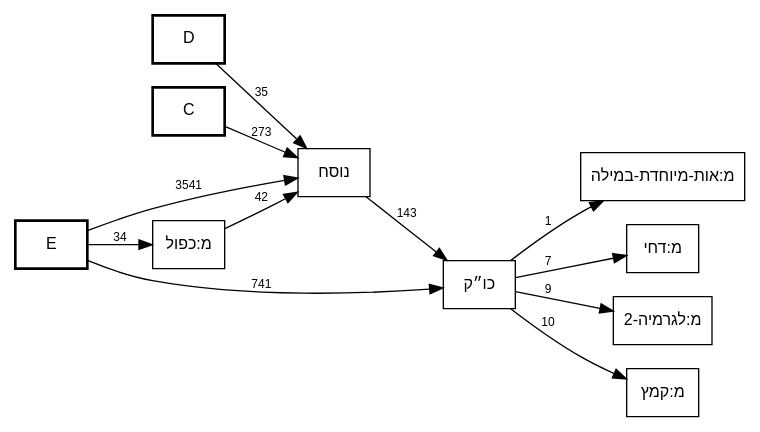
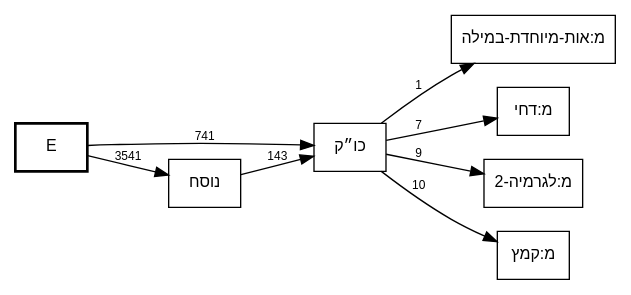
One commit to bdenckla/MAM-basics changed the diagram in out/MAM-tmpl-survey/plus-kuk-call-graph.dot. Above: the diagram before and after it, drawn with Graphviz. The commit also changed 7 other files, not shown here.

First line of the commit message:
Tighten focused template call graphs to target-anchored stack context

```diff
--- a/out/MAM-tmpl-survey/plus-kuk-call-graph.dot
+++ b/out/MAM-tmpl-survey/plus-kuk-call-graph.dot
@@ -1,30 +1,24 @@
 // This file was generated by MAM-basics/py/main_tmpl_survey.py.
 // Do not edit by hand.
 digraph template_call_graph {
     rankdir=LR;
     node [fontname="SBL Hebrew,Helvetica", fontsize=12];
     edge [fontname="Helvetica", fontsize=9];
     graph [comment="This file was generated by MAM-basics/py/main_tmpl_survey.py."];
 
     // Column nodes
     node [shape=box, style=bold];
-    "C";
-    "D";
     "E";
 
     // Template nodes
     node [shape=box, style=""];
 
     // Edges
-    "C" -> "נוסח" [label="273"];
-    "D" -> "נוסח" [label="35"];
     "E" -> "כו״ק" [label="741"];
-    "E" -> "מ:כפול" [label="34"];
     "E" -> "נוסח" [label="3541"];
     "כו״ק" -> "מ:אות-מיוחדת-במילה" [label="1"];
     "כו״ק" -> "מ:דחי" [label="7"];
     "כו״ק" -> "מ:לגרמיה-2" [label="9"];
     "כו״ק" -> "מ:קמץ" [label="10"];
-    "מ:כפול" -> "נוסח" [label="42"];
     "נוסח" -> "כו״ק" [label="143"];
 }
```
